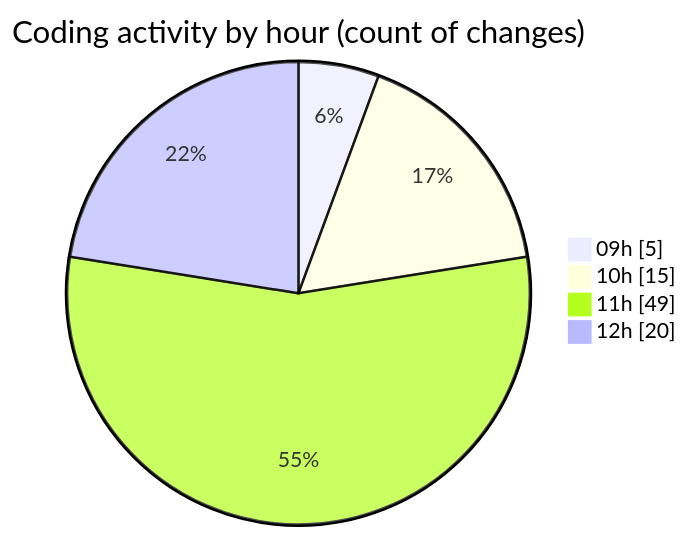
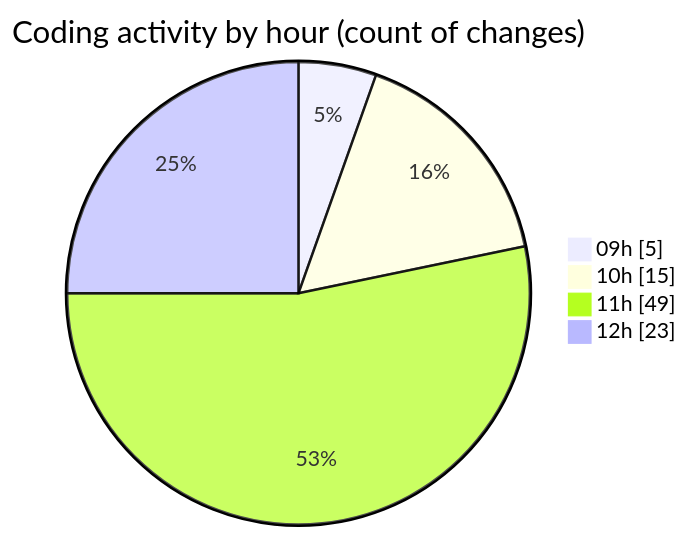
The second of 2 diagrams in 2025-06-13/ecodeli-1/README.md (CELIANVF/code-tracking), drawn with Mermaid before and after one commit. The commit also changed other lines of this file and 1 other file, not shown here.

````diff
--- a/2025-06-13/ecodeli-1/README.md
+++ b/2025-06-13/ecodeli-1/README.md
@@ -49,8 +51,8 @@
 ```mermaid
 pie showData
 title Coding activity by hour (count of changes)
 "09h" : 5
 "10h" : 15
 "11h" : 49
-"12h" : 20
+"12h" : 23
 ```
````
